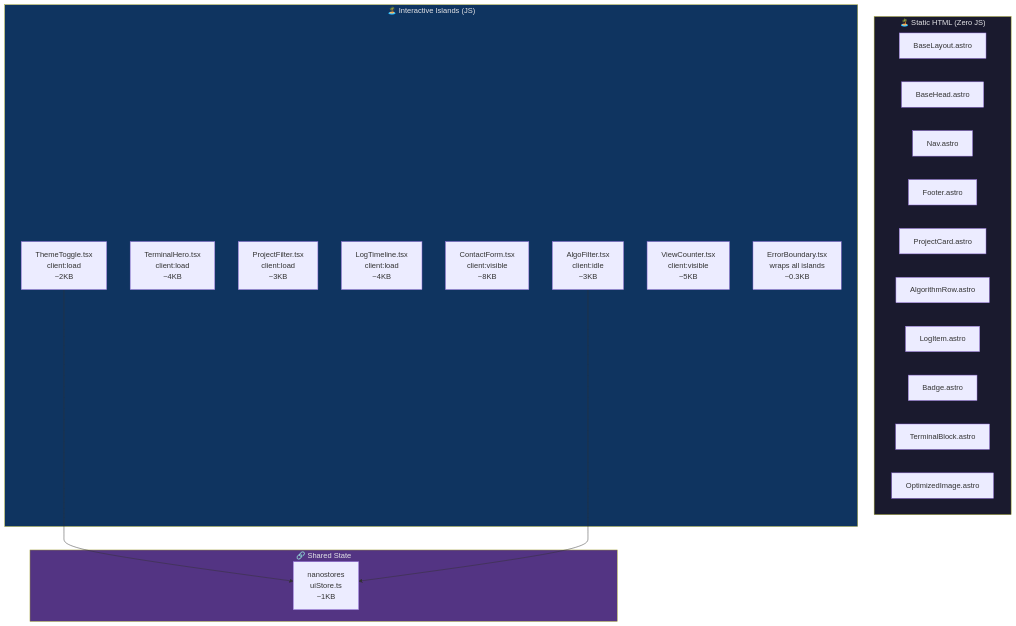
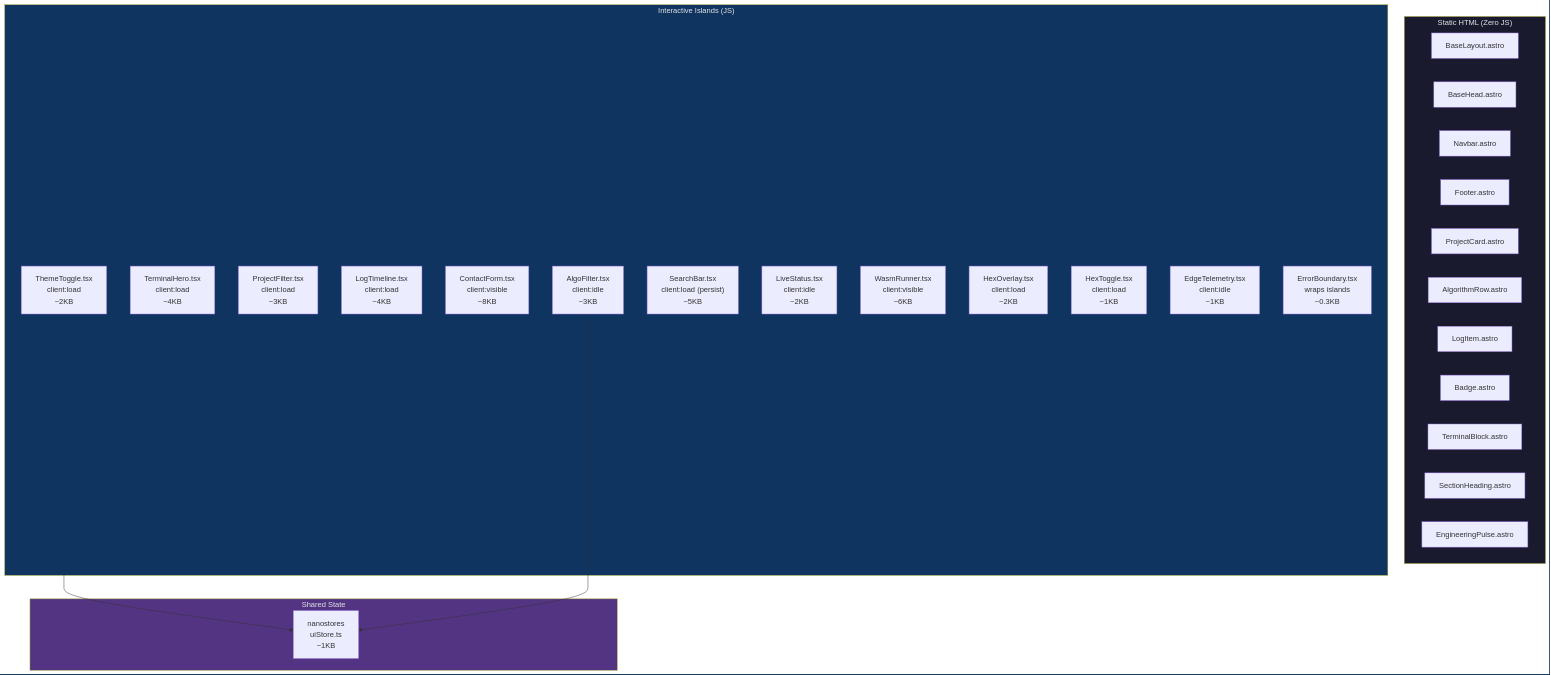
The diagram in architecture/HLD/03-island-hydration-map.md (Sharmaharshitnone/portfolio), drawn with Mermaid before and after one commit. The commit also changed other lines of this file and 29 other files, not shown here.

````diff
--- a/architecture/HLD/03-island-hydration-map.md
+++ b/architecture/HLD/03-island-hydration-map.md
@@ -5,37 +5,43 @@
 ```mermaid
 graph TD
-    subgraph Static ["🏝️ Static HTML (Zero JS)"]
+    subgraph Static ["Static HTML (Zero JS)"]
         BL[BaseLayout.astro]
         BH[BaseHead.astro]
-        NAV[Nav.astro]
+        NAV[Navbar.astro]
         FT[Footer.astro]
         PC[ProjectCard.astro]
         AR[AlgorithmRow.astro]
         LI[LogItem.astro]
         BG[Badge.astro]
         TB[TerminalBlock.astro]
-        OI[OptimizedImage.astro]
+        SH[SectionHeading.astro]
+        EP[EngineeringPulse.astro]
     end
 
-    subgraph Islands ["🏝️ Interactive Islands (JS)"]
+    subgraph Islands ["Interactive Islands (JS)"]
         TT["ThemeToggle.tsx<br/>client:load<br/>~2KB"]
         TH["TerminalHero.tsx<br/>client:load<br/>~4KB"]
         PF["ProjectFilter.tsx<br/>client:load<br/>~3KB"]
         LT["LogTimeline.tsx<br/>client:load<br/>~4KB"]
         CF["ContactForm.tsx<br/>client:visible<br/>~8KB"]
         AF["AlgoFilter.tsx<br/>client:idle<br/>~3KB"]
-        VC["ViewCounter.tsx<br/>client:visible<br/>~5KB"]
-        EB["ErrorBoundary.tsx<br/>wraps all islands<br/>~0.3KB"]
+        SB["SearchBar.tsx<br/>client:load (persist)<br/>~5KB"]
+        LS["LiveStatus.tsx<br/>client:idle<br/>~2KB"]
+        WR["WasmRunner.tsx<br/>client:visible<br/>~6KB"]
+        HO["HexOverlay.tsx<br/>client:load<br/>~2KB"]
+        HT["HexToggle.tsx<br/>client:load<br/>~1KB"]
+        ET["EdgeTelemetry.tsx<br/>client:idle<br/>~1KB"]
+        EB["ErrorBoundary.tsx<br/>wraps islands<br/>~0.3KB"]
     end
 
-    subgraph State ["🔗 Shared State"]
+    subgraph State ["Shared State"]
         NS["nanostores<br/>uiStore.ts<br/>~1KB"]
     end
 
     TT --> NS
     AF --> NS
 
     style Static fill:#1a1a2e,color:#e4e4e7
     style Islands fill:#0f3460,color:#e4e4e7
     style State fill:#533483,color:#e4e4e7
 ```
````
